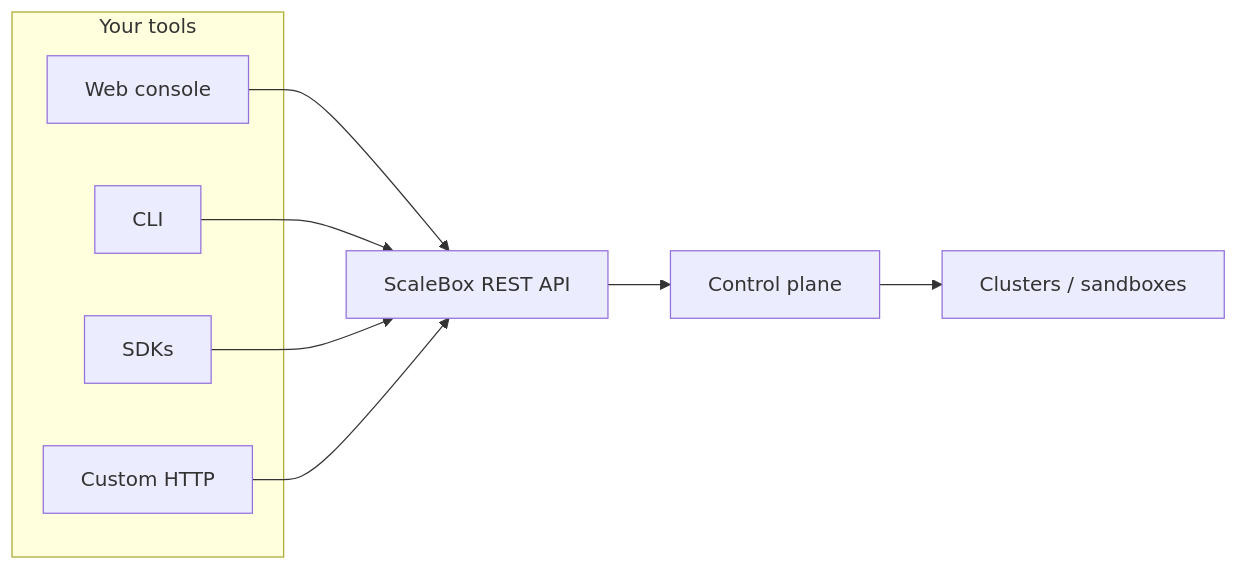
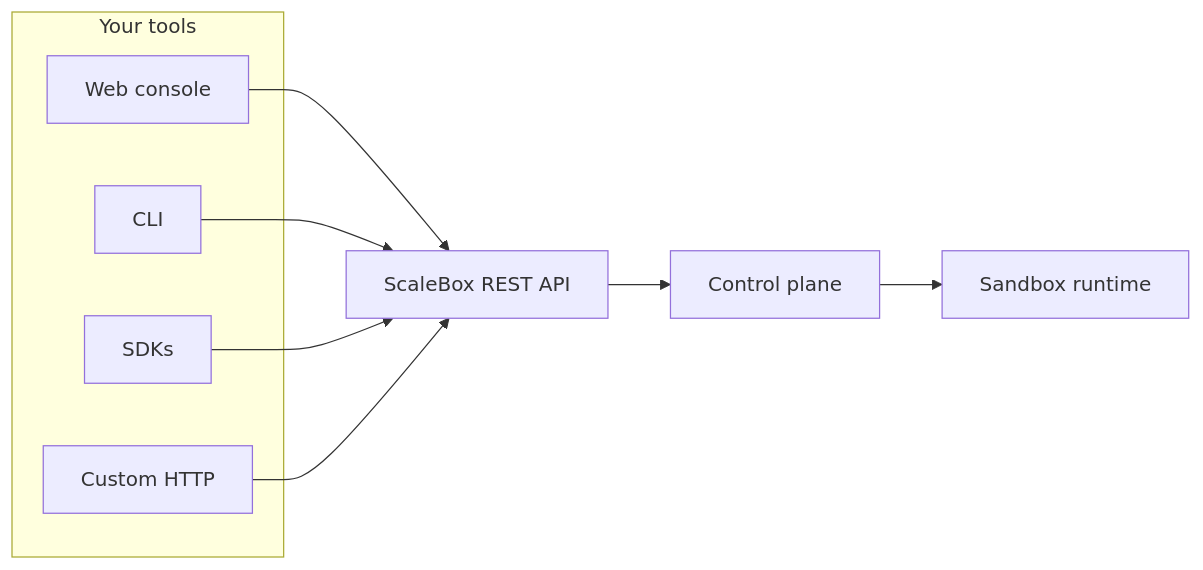
Before and after one commit to scalebox-dev/scalebox-docs: the diagram in content/en/guides/architecture-overview.mdx, drawn with Mermaid. The commit also changed other lines of this file and 2 other files, not shown here.

First line of the commit message:
docs(guides): de-emphasize Kubernetes in platform architecture

````diff
--- a/content/en/guides/architecture-overview.mdx
+++ b/content/en/guides/architecture-overview.mdx
@@ -54,18 +54,18 @@
 ```mermaid
 flowchart LR
   subgraph clients [Your tools]
     Console[Web console]
     CLI[CLI]
     SDK[SDKs]
     Raw[Custom HTTP]
   end
   API[ScaleBox REST API]
   CP[Control plane]
-  K8s[Clusters / sandboxes]
+  RT[Sandbox runtime]
   Console --> API
   CLI --> API
   SDK --> API
   Raw --> API
   API --> CP
-  CP --> K8s
+  CP --> RT
 ```
````
